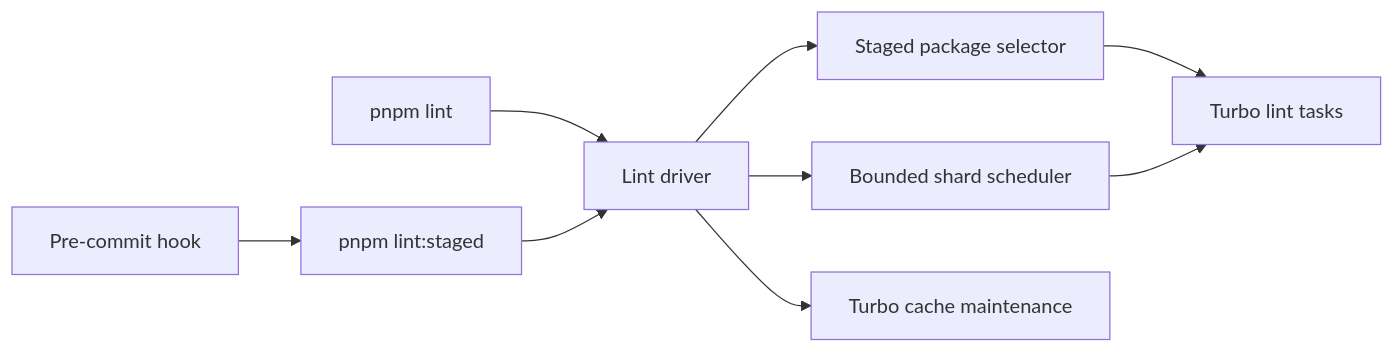
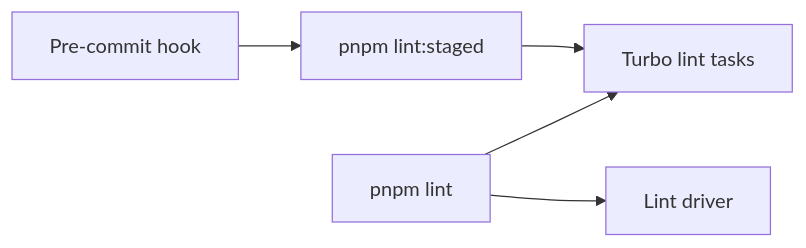
One commit to TheHypertextStudio/athena-web changed the diagram in docs/engineering/linting.md. Above: the diagram before and after it, drawn with Mermaid. The commit also changed other lines of this file and 6 other files, not shown here.

First line of the commit message:
chore: Use Turbo for lint scheduling

````diff
--- a/docs/engineering/linting.md
+++ b/docs/engineering/linting.md
@@ -33,11 +20,7 @@
 ```mermaid
 flowchart LR
   Hook[Pre-commit hook] --> Staged[pnpm lint:staged]
   Full[pnpm lint] --> Driver[Lint driver]
-  Staged --> Driver
-  Driver --> Selector[Staged package selector]
-  Driver --> Scheduler[Bounded shard scheduler]
-  Driver --> Cache[Turbo cache maintenance]
-  Selector --> Turbo[Turbo lint tasks]
-  Scheduler --> Turbo
+  Staged --> Turbo[Turbo lint tasks]
+  Full --> Turbo
 ```
````
